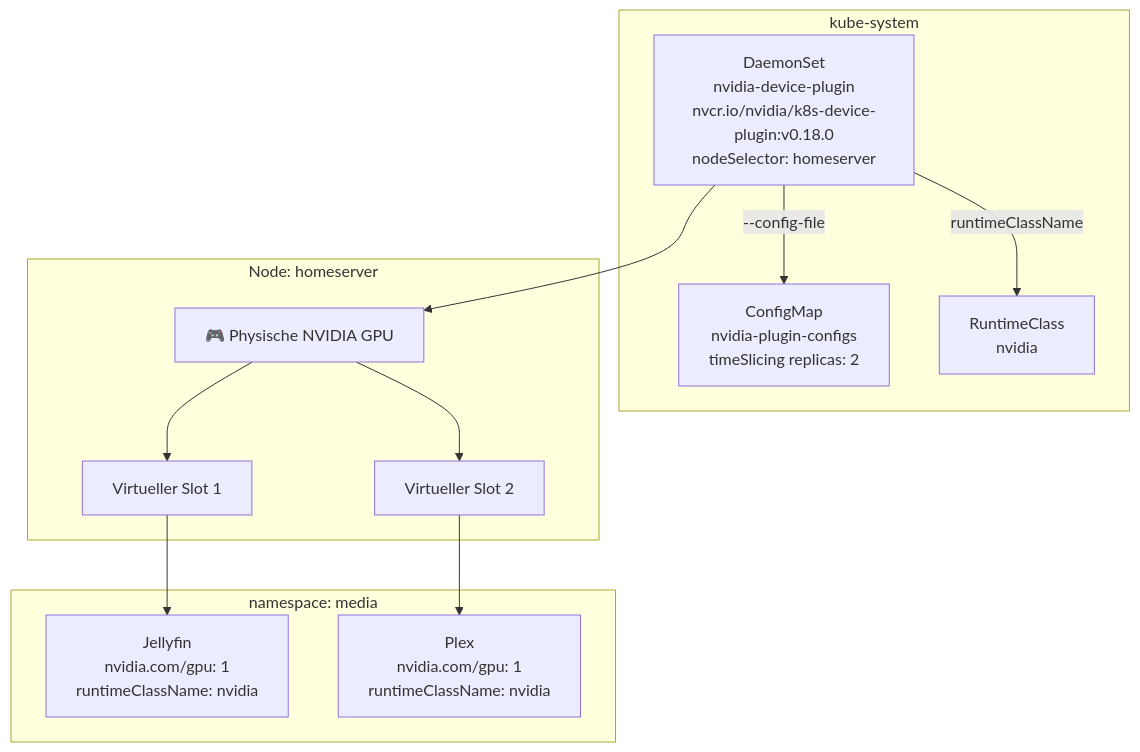
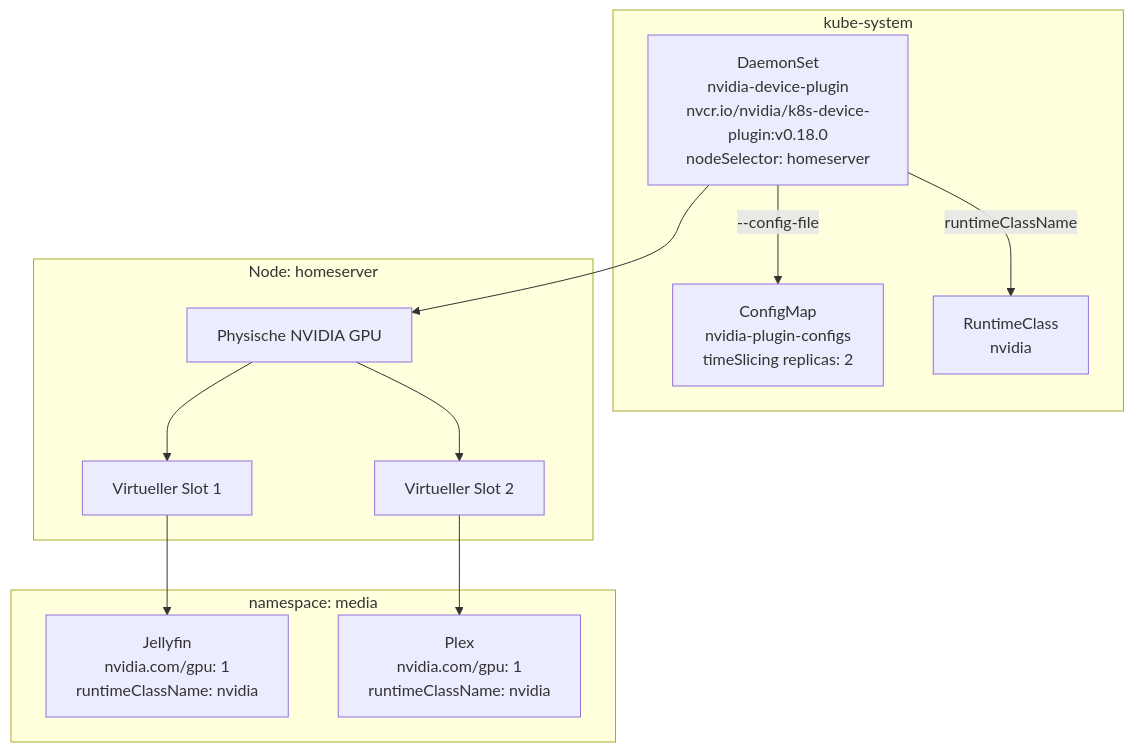
The sixth of 6 diagrams in README.md (JanikHenz/my-homelab), drawn with Mermaid before and after one commit. The commit also changed other lines of this file, not shown here.

````diff
--- a/README.md
+++ b/README.md
@@ -317,27 +317,27 @@
 ```mermaid
 flowchart TD
     subgraph KUBE_SYSTEM["kube-system"]
         CM["ConfigMap\nnvidia-plugin-configs\ntimeSlicing replicas: 2"]
         RC["RuntimeClass\nnvidia"]
         DS["DaemonSet\nnvidia-device-plugin\nnvcr.io/nvidia/k8s-device-plugin:v0.18.0\nnodeSelector: homeserver"]
         DS -->|"--config-file"| CM
         DS -->|"runtimeClassName"| RC
     end
 
     subgraph NODE["Node: homeserver"]
-        GPU_HW["🎮 Physische NVIDIA GPU"]
+        GPU_HW["Physische NVIDIA GPU"]
         SLOT1["Virtueller Slot 1"]
         SLOT2["Virtueller Slot 2"]
         GPU_HW --> SLOT1
         GPU_HW --> SLOT2
     end
 
     subgraph MEDIA["namespace: media"]
         JF["Jellyfin\nnvidia.com/gpu: 1\nruntimeClassName: nvidia"]
         PL["Plex\nnvidia.com/gpu: 1\nruntimeClassName: nvidia"]
     end
 
     DS --> GPU_HW
     SLOT1 --> JF
     SLOT2 --> PL
 ```
````
